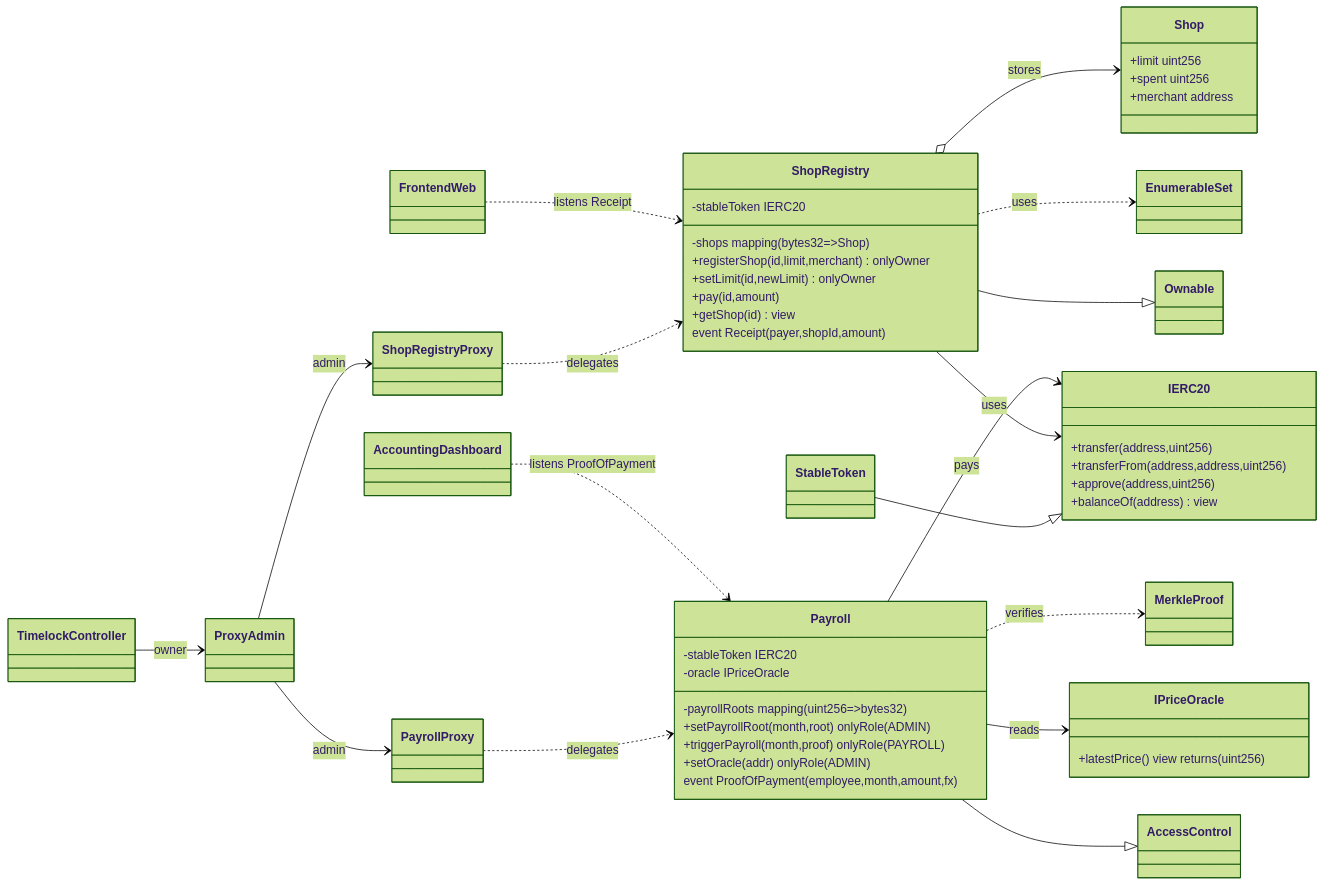
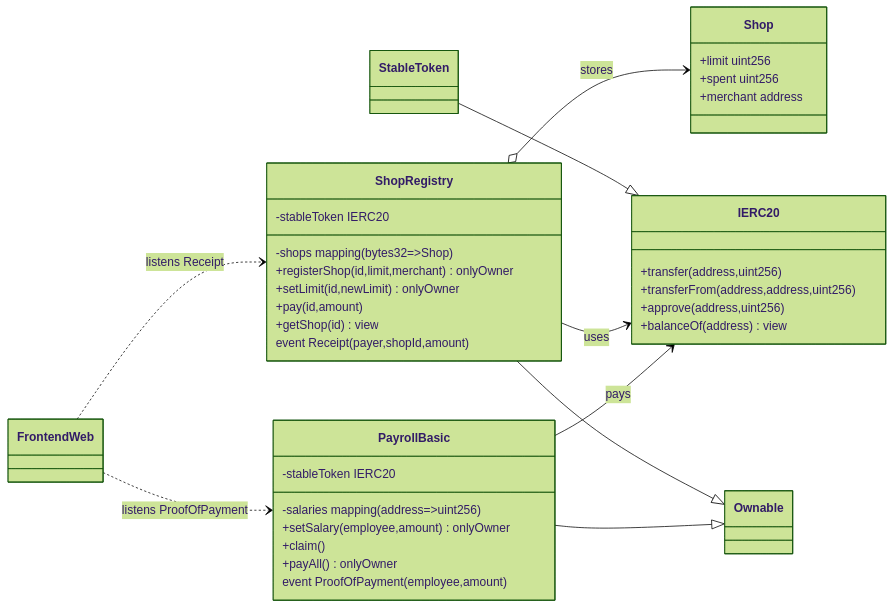
Before and after one commit to mkjyong/stable-payment-edu: the second of 2 diagrams in README.md, drawn with Mermaid (forest theme). The commit also changed other lines of this file, not shown here.

Commit message:
refactor: update README to simplify payroll system description and enhance session objectives

````diff
--- a/README.md
+++ b/README.md
@@ -231,72 +235,49 @@
 ```mermaid
 classDiagram
 direction LR
 
 class IERC20
 IERC20 : +transfer(address,uint256)
 IERC20 : +transferFrom(address,address,uint256)
 IERC20 : +approve(address,uint256)
 IERC20 : +balanceOf(address) view
 
-class IPriceOracle
-IPriceOracle : +latestPrice() view returns(uint256)
-
-class MerkleProof
-class EnumerableSet
-
 class Ownable
-class AccessControl
 
 class Shop
 Shop : +limit uint256
 Shop : +spent uint256
 Shop : +merchant address
 
 class ShopRegistry
 ShopRegistry : -stableToken IERC20
 ShopRegistry : -shops mapping(bytes32=>Shop)
 ShopRegistry : +registerShop(id,limit,merchant) onlyOwner
 ShopRegistry : +setLimit(id,newLimit) onlyOwner
 ShopRegistry : +pay(id,amount)
 ShopRegistry : +getShop(id) view
 ShopRegistry : event Receipt(payer,shopId,amount)
 
-class Payroll
-Payroll : -stableToken IERC20
-Payroll : -oracle IPriceOracle
-Payroll : -payrollRoots mapping(uint256=>bytes32)
-Payroll : +setPayrollRoot(month,root) onlyRole(ADMIN)
-Payroll : +triggerPayroll(month,proof) onlyRole(PAYROLL)
-Payroll : +setOracle(addr) onlyRole(ADMIN)
-Payroll : event ProofOfPayment(employee,month,amount,fx)
+class PayrollBasic
+PayrollBasic : -stableToken IERC20
+PayrollBasic : -salaries mapping(address=>uint256)
+PayrollBasic : +setSalary(employee,amount) onlyOwner
+PayrollBasic : +claim()
+PayrollBasic : +payAll() onlyOwner
+PayrollBasic : event ProofOfPayment(employee,amount)
 
 class StableToken
 StableToken --|> IERC20
 
-class ShopRegistryProxy
-class PayrollProxy
-class ProxyAdmin
-class TimelockController
-
 class FrontendWeb
-class AccountingDashboard
 
 ShopRegistry o--> Shop : stores
 ShopRegistry --> IERC20 : uses
-ShopRegistry ..> EnumerableSet : uses
-Payroll --> IERC20 : pays
-Payroll ..> MerkleProof : verifies
-Payroll --> IPriceOracle : reads
+PayrollBasic --> IERC20 : pays
 
 ShopRegistry --|> Ownable
-Payroll --|> AccessControl
-
-ShopRegistryProxy ..> ShopRegistry : delegates
-PayrollProxy ..> Payroll : delegates
-ProxyAdmin --> ShopRegistryProxy : admin
-ProxyAdmin --> PayrollProxy : admin
-TimelockController --> ProxyAdmin : owner
+PayrollBasic --|> Ownable
 
 FrontendWeb ..> ShopRegistry : listens Receipt
-AccountingDashboard ..> Payroll : listens ProofOfPayment
+FrontendWeb ..> PayrollBasic : listens ProofOfPayment
 ```
````
